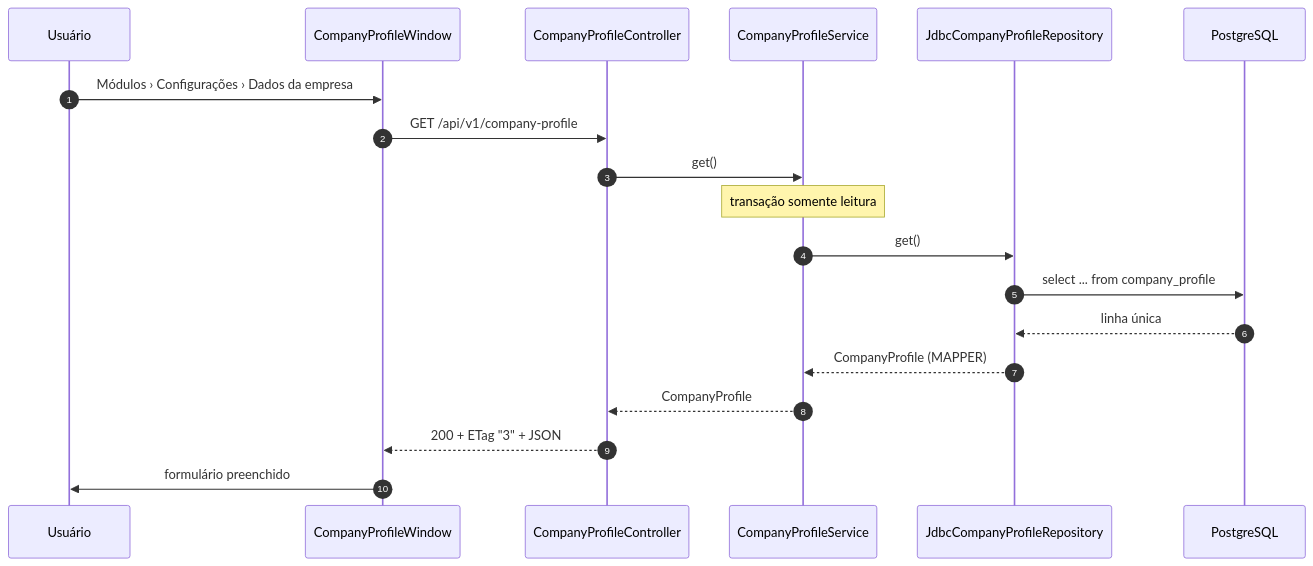
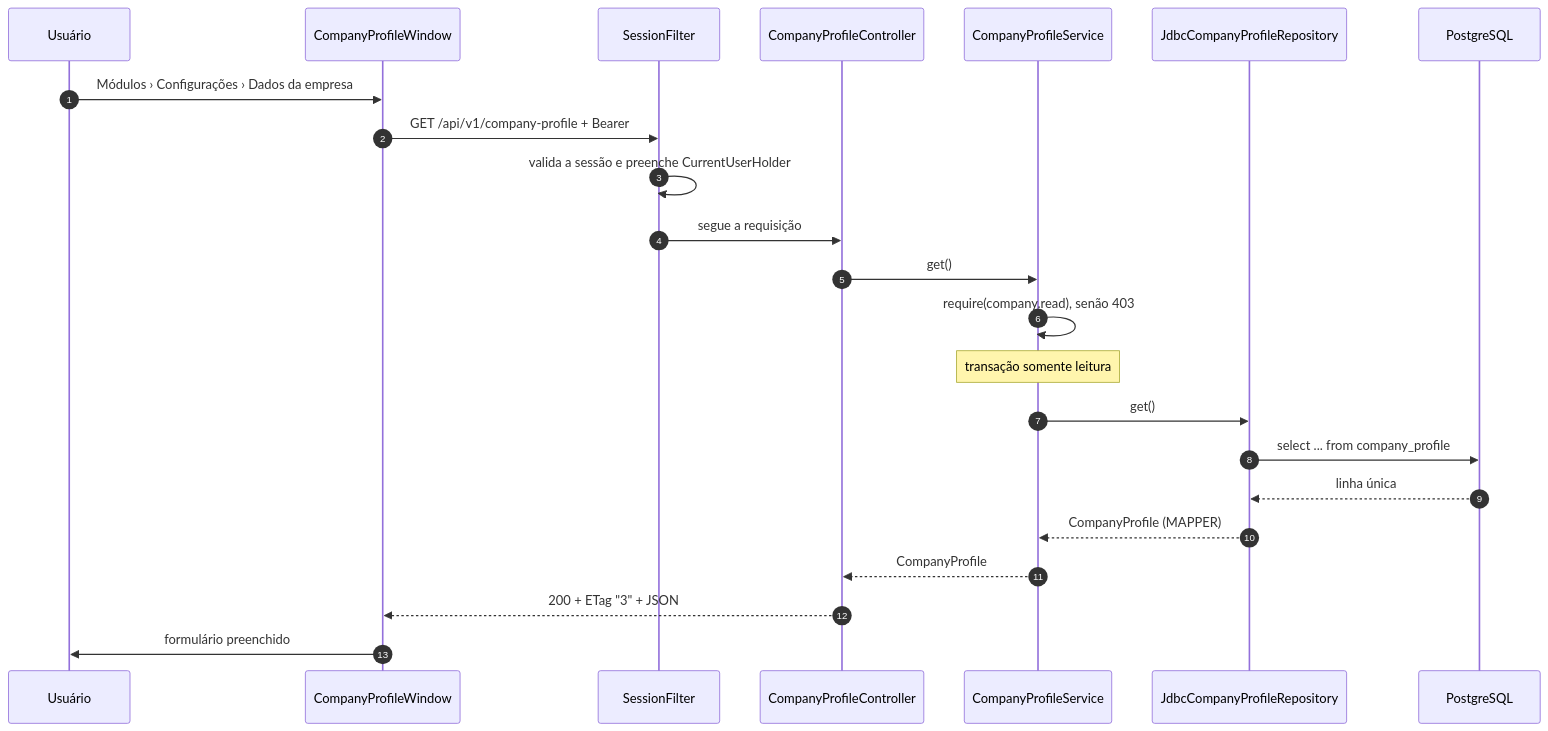
Before and after one commit to edsoncorralxxx-ui/ERP: the third of 27 diagrams in docs/backend/18-diagramas-de-atividades-e-sequencias.md, drawn with Mermaid. The commit also changed other lines of this file and 8 other files, not shown here.

First line of the commit message:
Diagramas atualizados para a Sprint 2 e diagramas do sistema completo

````diff
--- a/docs/backend/18-diagramas-de-atividades-e-sequencias.md
+++ b/docs/backend/18-diagramas-de-atividades-e-sequencias.md
@@ -71,21 +71,25 @@
 ```mermaid
 sequenceDiagram
     autonumber
     participant U as Usuário
     participant W as CompanyProfileWindow
+    participant SF as SessionFilter
     participant C as CompanyProfileController
     participant S as CompanyProfileService
     participant R as JdbcCompanyProfileRepository
     participant DB as PostgreSQL
     U->>W: Módulos › Configurações › Dados da empresa
-    W->>C: GET /api/v1/company-profile
+    W->>SF: GET /api/v1/company-profile + Bearer
+    SF->>SF: valida a sessão e preenche CurrentUserHolder
+    SF->>C: segue a requisição
     C->>S: get()
+    S->>S: require(company.read), senão 403
     Note over S: transação somente leitura
     S->>R: get()
     R->>DB: select ... from company_profile
     DB-->>R: linha única
     R-->>S: CompanyProfile (MAPPER)
     S-->>C: CompanyProfile
     C-->>W: 200 + ETag "3" + JSON
     W->>U: formulário preenchido
 ```
````
